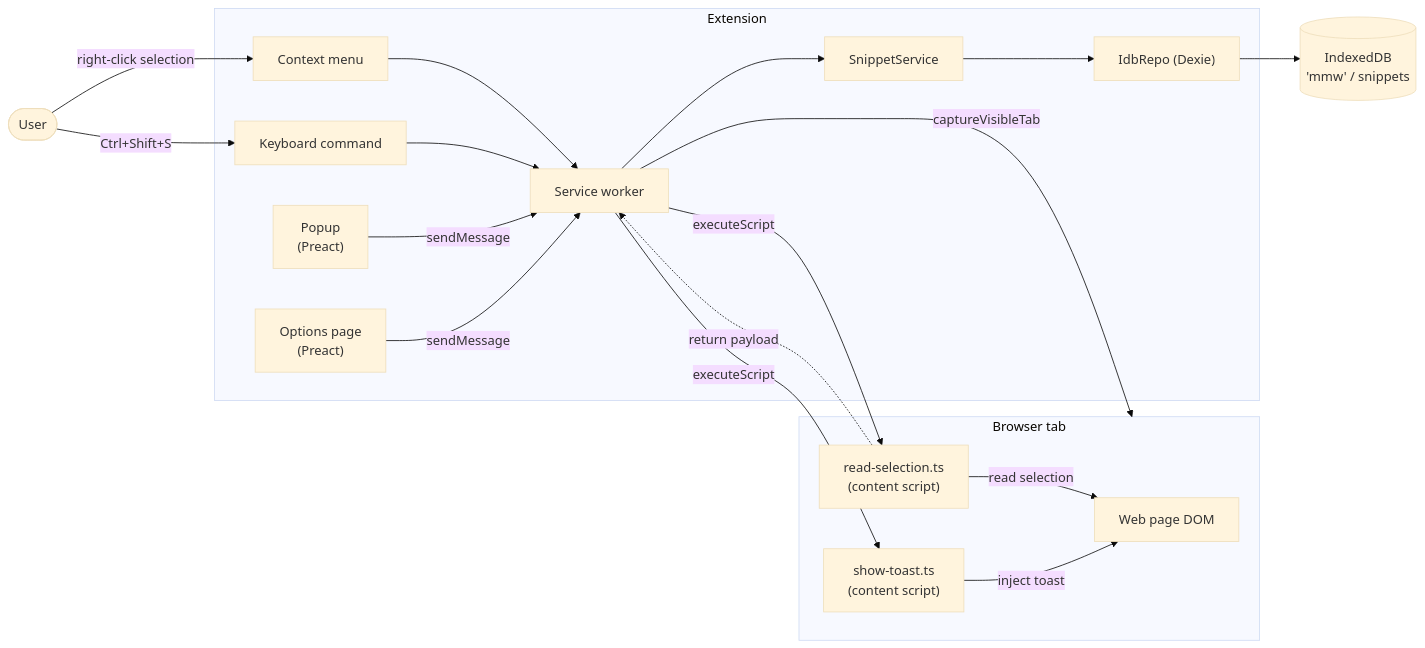
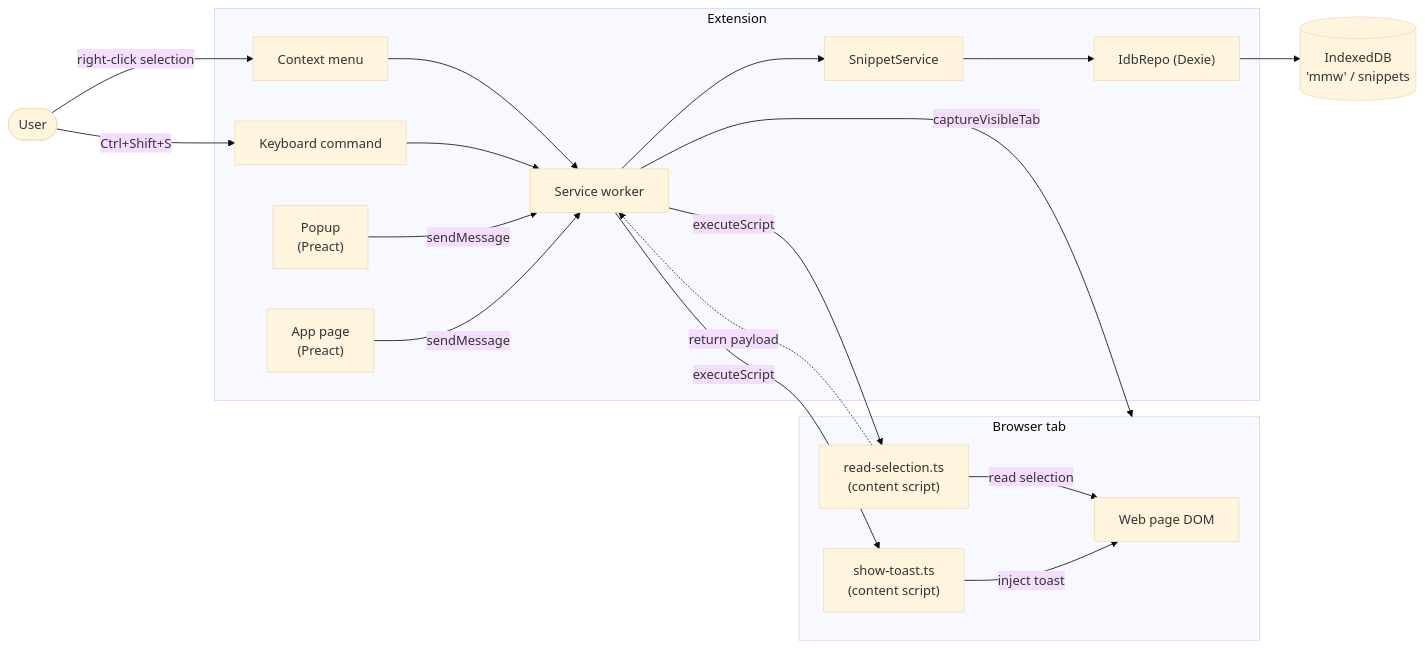
Before and after one commit to thassiov/mark-my-words: the first of 4 diagrams in docs/architecture.md, drawn with Mermaid (base theme). The commit also changed other lines of this file and 19 other files, not shown here.

Commit message:
Rename src/options → src/app (it hosts Library + Archived + Settings, not just options)

````diff
--- a/docs/architecture.md
+++ b/docs/architecture.md
@@ -39,43 +40,43 @@
 ```mermaid
 flowchart LR
   user([User])
 
   subgraph browser["Browser tab"]
     page["Web page DOM"]
     cs1["read-selection.ts<br/>(content script)"]
     cs2["show-toast.ts<br/>(content script)"]
   end
 
   subgraph extension["Extension"]
     menu["Context menu"]
     cmd["Keyboard command"]
     sw["Service worker"]
     svc["SnippetService"]
     repo["IdbRepo (Dexie)"]
     popup["Popup<br/>(Preact)"]
-    opts["Options page<br/>(Preact)"]
+    opts["App page<br/>(Preact)"]
   end
 
   idb[("IndexedDB<br/>'mmw' / snippets")]
 
   user -->|right-click selection| menu
   user -->|Ctrl+Shift+S| cmd
   menu --> sw
   cmd --> sw
 
   sw -->|executeScript| cs1
   cs1 -->|read selection| page
   cs1 -.->|return payload| sw
 
   sw -->|captureVisibleTab| browser
 
   sw --> svc
   svc --> repo
   repo --> idb
 
   sw -->|executeScript| cs2
   cs2 -->|inject toast| page
 
   popup -->|sendMessage| sw
   opts -->|sendMessage| sw
 ```
````
